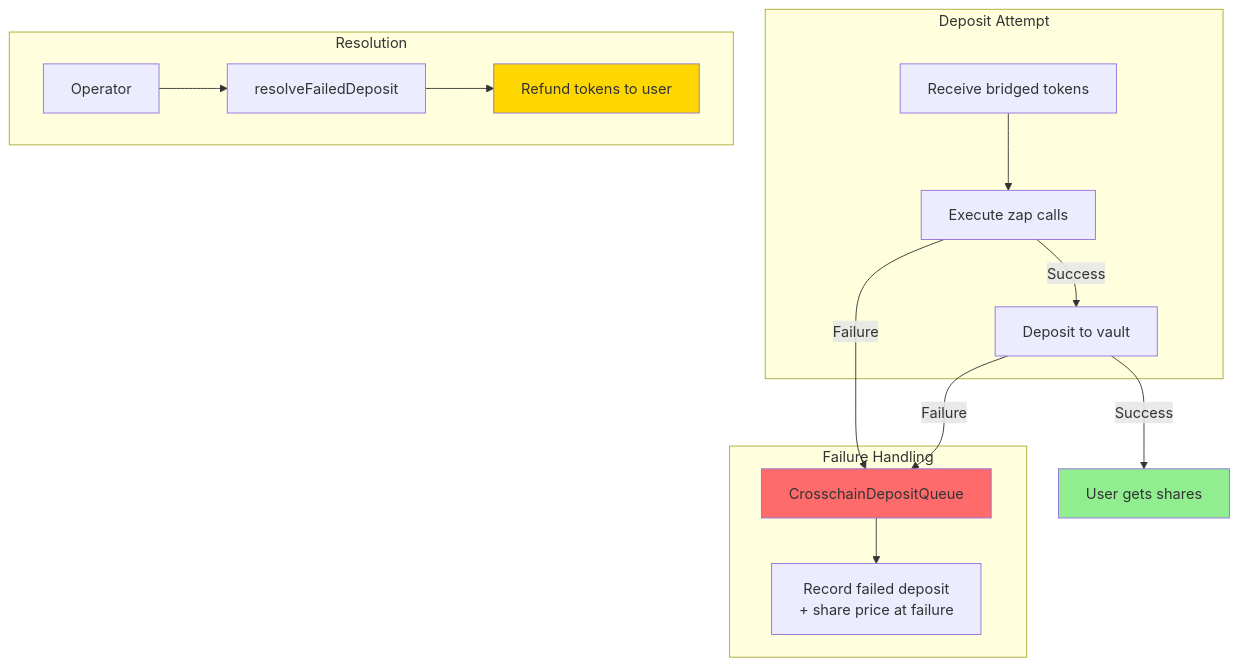
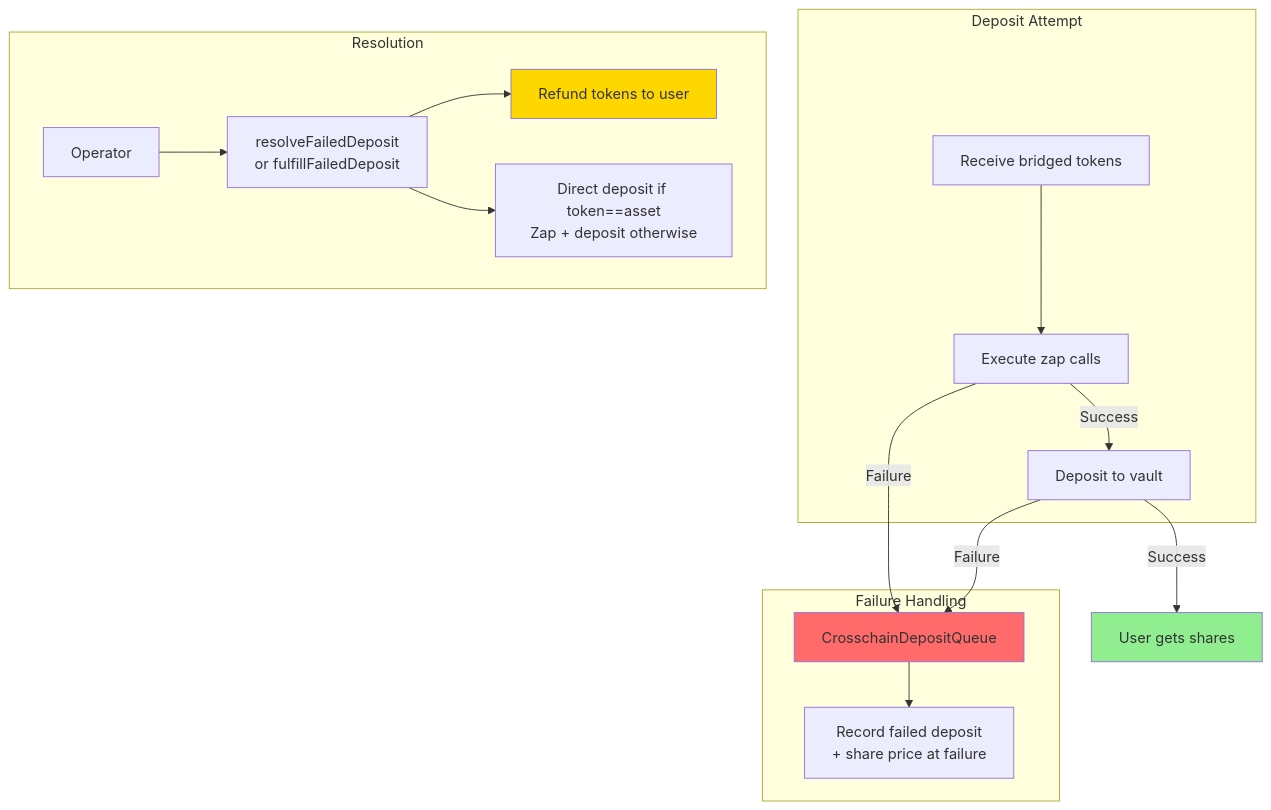
One commit to elitraOS/elitra-core changed diagram 13 of 14 in README.md. Above: the diagram before and after it, drawn with Mermaid. The commit also changed other lines of this file and 2 other files, not shown here.

Commit message:
feat: fulfil path for failed deposit queue

````diff
--- a/README.md
+++ b/README.md
@@ -452,34 +452,36 @@
 ```mermaid
 graph TB
     subgraph "Deposit Attempt"
         Receive[Receive bridged tokens]
         Zap[Execute zap calls]
         Deposit[Deposit to vault]
     end
 
     subgraph "Failure Handling"
         Queue[CrosschainDepositQueue]
         Record[Record failed deposit<br/>+ share price at failure]
     end
 
     subgraph "Resolution"
         Operator[Operator]
-        Resolve[resolveFailedDeposit]
+        Resolve[resolveFailedDeposit<br/>or fulfillFailedDeposit]
         Refund[Refund tokens to user]
+        Fulfill[Direct deposit if token==asset<br/>Zap + deposit otherwise]
     end
 
     Receive --> Zap
     Zap -->|Success| Deposit
     Zap -->|Failure| Queue
     Deposit -->|Success| Success[User gets shares]
     Deposit -->|Failure| Queue
 
     Queue --> Record
 
     Operator --> Resolve
     Resolve --> Refund
+    Resolve --> Fulfill
 
     style Success fill:#90EE90
     style Queue fill:#FF6B6B
     style Refund fill:#FFD700
 ```
````
